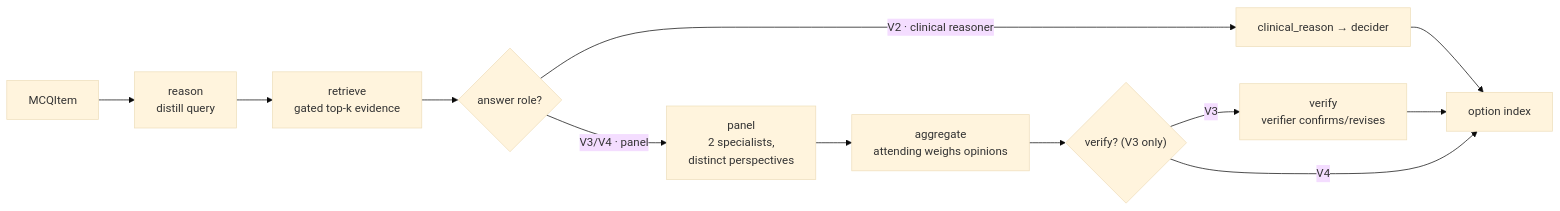
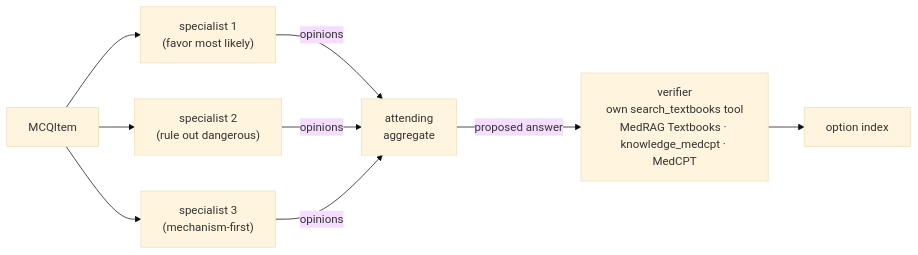
Before and after one commit to tigonguyen/langgraph-agent-hospital: the fourth of 5 diagrams in docs/ARCHITECTURE.md, drawn with Mermaid (base theme). The commit also changed other lines of this file and 6 other files, not shown here.

First line of the commit message:
docs: sync architecture docs with the agentic V1-V4 design

````diff
--- a/docs/ARCHITECTURE.md
+++ b/docs/ARCHITECTURE.md
@@ -147,14 +147,9 @@
 ```mermaid
 flowchart LR
-    q["MCQItem"] --> rz["reason<br/>distill query"]
-    rz --> rt["retrieve<br/>gated top-k evidence"]
-    rt --> br{answer role?}
-    br -->|"V2 · clinical reasoner"| sp["clinical_reason → decider"]
-    br -->|"V3/V4 · panel"| pn["panel<br/>2 specialists,<br/>distinct perspectives"]
-    pn --> ag["aggregate<br/>attending weighs opinions"]
-    ag --> vf{"verify? (V3 only)"}
-    vf -->|V3| vr["verify<br/>verifier confirms/revises"]
-    vf -->|V4| out["option index"]
-    sp --> out
-    vr --> out
+    item["MCQItem"] --> p1["specialist 1<br/>(favor most likely)"]
+    item --> p2["specialist 2<br/>(rule out dangerous)"]
+    item --> p3["specialist 3<br/>(mechanism-first)"]
+    p1 & p2 & p3 -->|opinions| ag["attending<br/>aggregate"]
+    ag -->|proposed answer| vf["verifier<br/>own search_textbooks tool<br/>MedRAG Textbooks · knowledge_medcpt · MedCPT"]
+    vf --> idx["option index"]
 ```
````
